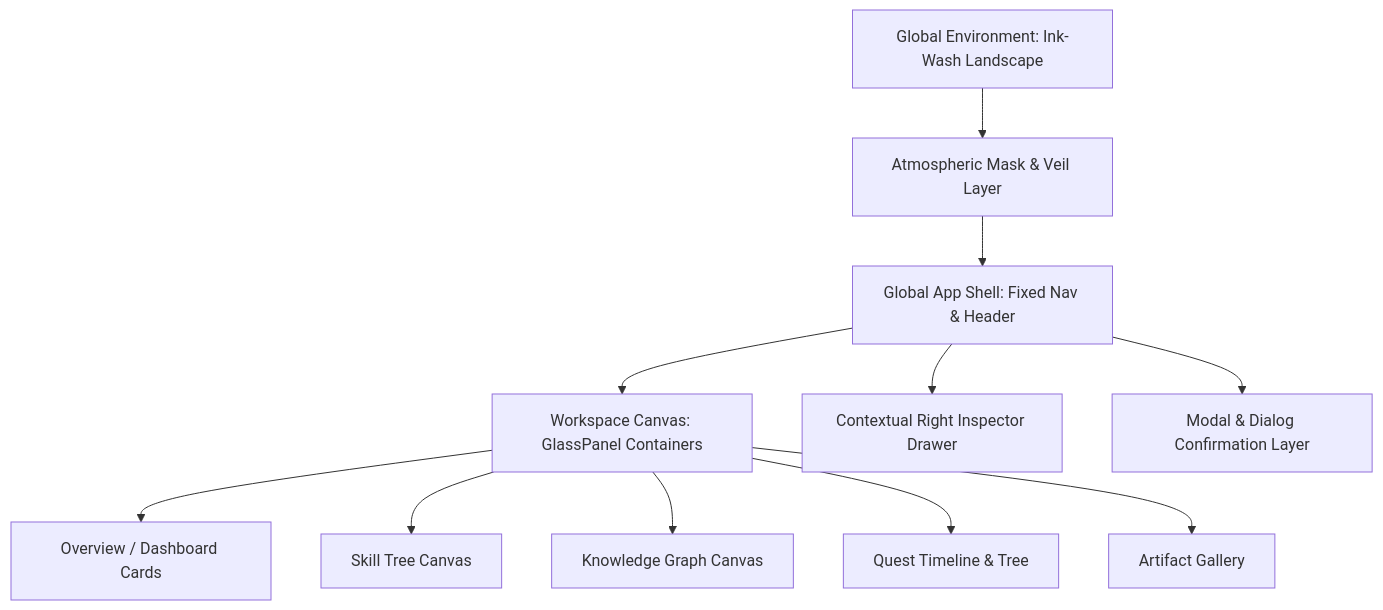
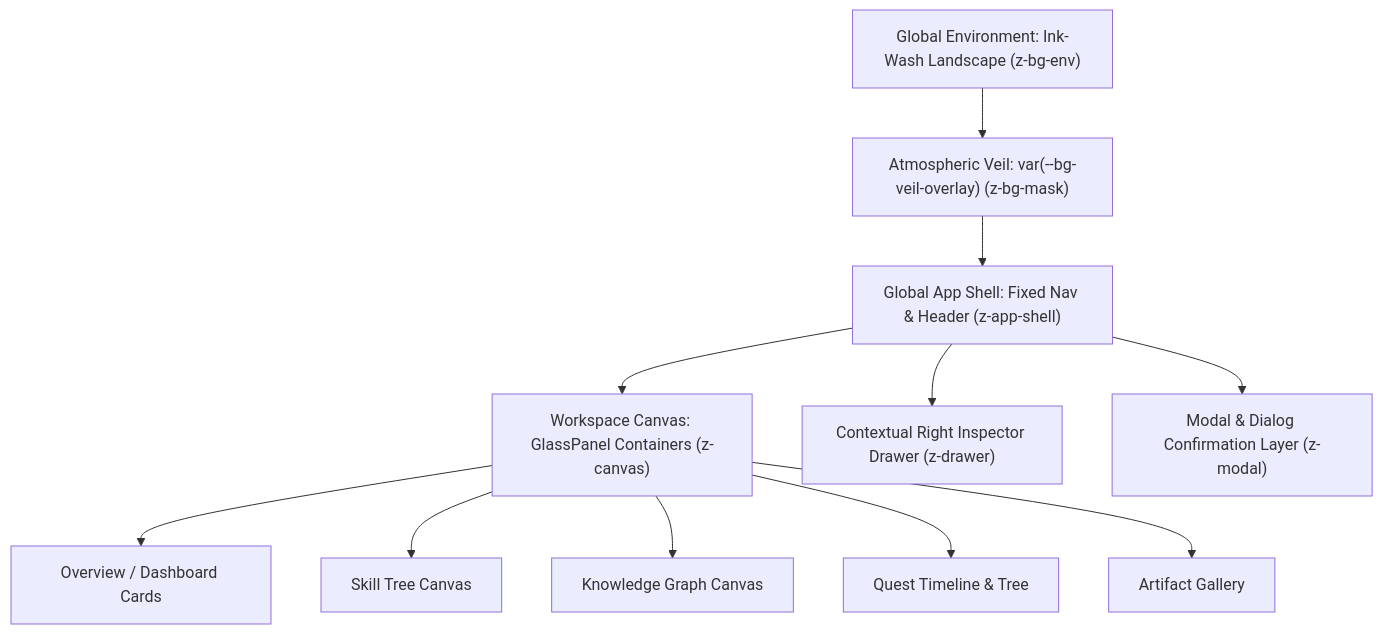
One commit to Daylily-Huang/AI-Personal-Growth-RPG changed the diagram in docs/DesignSystem/01_GLOBAL_VISUAL_DIRECTION.md. Above: the diagram before and after it, drawn with Mermaid. The commit also changed other lines of this file and 10 other files, not shown here.

````diff
--- a/docs/DesignSystem/01_GLOBAL_VISUAL_DIRECTION.md
+++ b/docs/DesignSystem/01_GLOBAL_VISUAL_DIRECTION.md
@@ -92,13 +94,13 @@
 ```mermaid
 graph TD
-    A[Global Environment: Ink-Wash Landscape] --> B[Atmospheric Mask & Veil Layer]
-    B --> C[Global App Shell: Fixed Nav & Header]
-    C --> D[Workspace Canvas: GlassPanel Containers]
-    D --> E1[Overview / Dashboard Cards]
-    D --> E2[Skill Tree Canvas]
-    D --> E3[Knowledge Graph Canvas]
-    D --> E4[Quest Timeline & Tree]
-    D --> E5[Artifact Gallery]
-    C --> F[Contextual Right Inspector Drawer]
-    C --> G[Modal & Dialog Confirmation Layer]
+    A["Global Environment: Ink-Wash Landscape (z-bg-env)"] --> B["Atmospheric Veil: var(--bg-veil-overlay) (z-bg-mask)"]
+    B --> C["Global App Shell: Fixed Nav & Header (z-app-shell)"]
+    C --> D["Workspace Canvas: GlassPanel Containers (z-canvas)"]
+    D --> E1["Overview / Dashboard Cards"]
+    D --> E2["Skill Tree Canvas"]
+    D --> E3["Knowledge Graph Canvas"]
+    D --> E4["Quest Timeline & Tree"]
+    D --> E5["Artifact Gallery"]
+    C --> F["Contextual Right Inspector Drawer (z-drawer)"]
+    C --> G["Modal & Dialog Confirmation Layer (z-modal)"]
 ```
````
